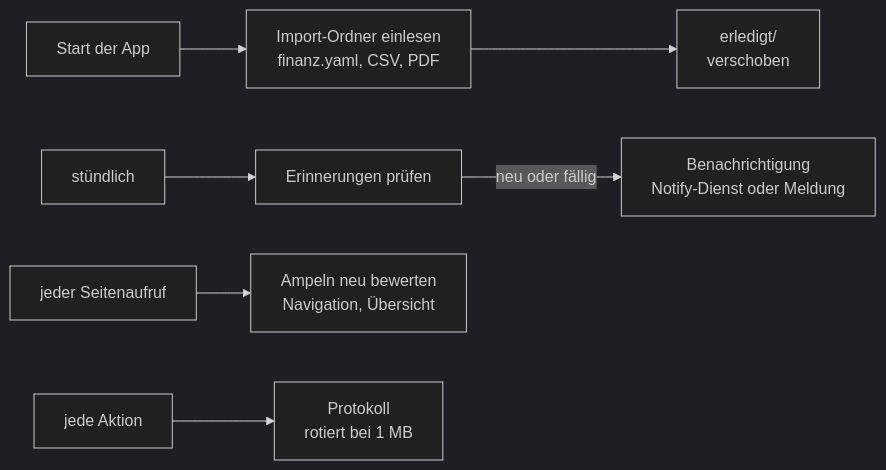
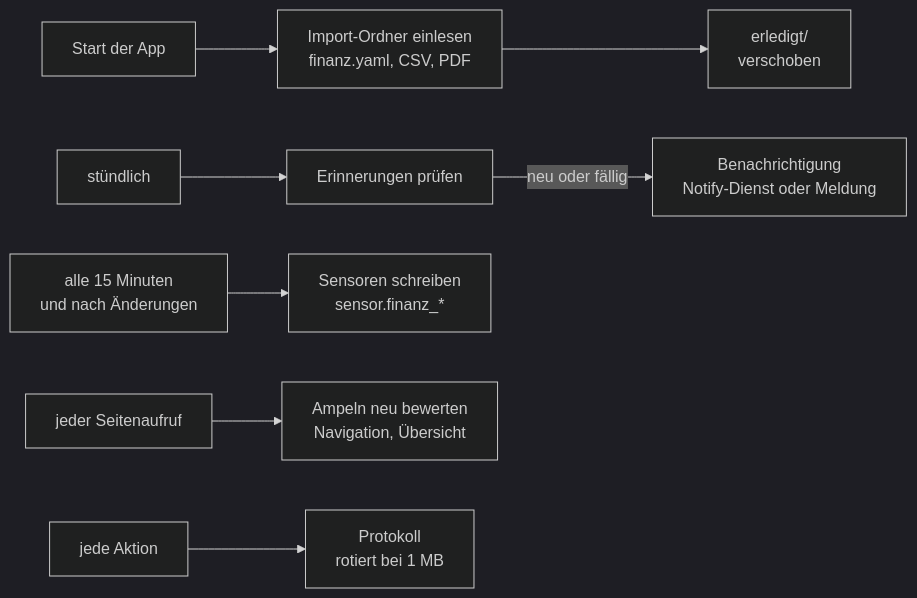
Before and after one commit to khu1985/finanz-ha: the diagram in docs/prozess-laufend.mmd, drawn with Mermaid (dark theme). The commit also changed 10 other files, not shown here.

Commit message:
0.11.0: Sensoren für Home Assistant (sensor.finanz_*)

```diff
--- a/docs/prozess-laufend.mmd
+++ b/docs/prozess-laufend.mmd
@@ -1,7 +1,8 @@
 flowchart LR
     ST["Start der App"] --> IO["Import-Ordner einlesen<br/>finanz.yaml, CSV, PDF"]
     IO --> ER["erledigt/<br/>verschoben"]
     H["stündlich"] --> EI["Erinnerungen prüfen"]
     EI -- neu oder fällig --> N["Benachrichtigung<br/>Notify-Dienst oder Meldung"]
+    Q["alle 15 Minuten<br/>und nach Änderungen"] --> SE["Sensoren schreiben<br/>sensor.finanz_*"]
     SEITE["jeder Seitenaufruf"] --> AMP["Ampeln neu bewerten<br/>Navigation, Übersicht"]
     LOG["jede Aktion"] --> PR["Protokoll<br/>rotiert bei 1 MB"]
```
